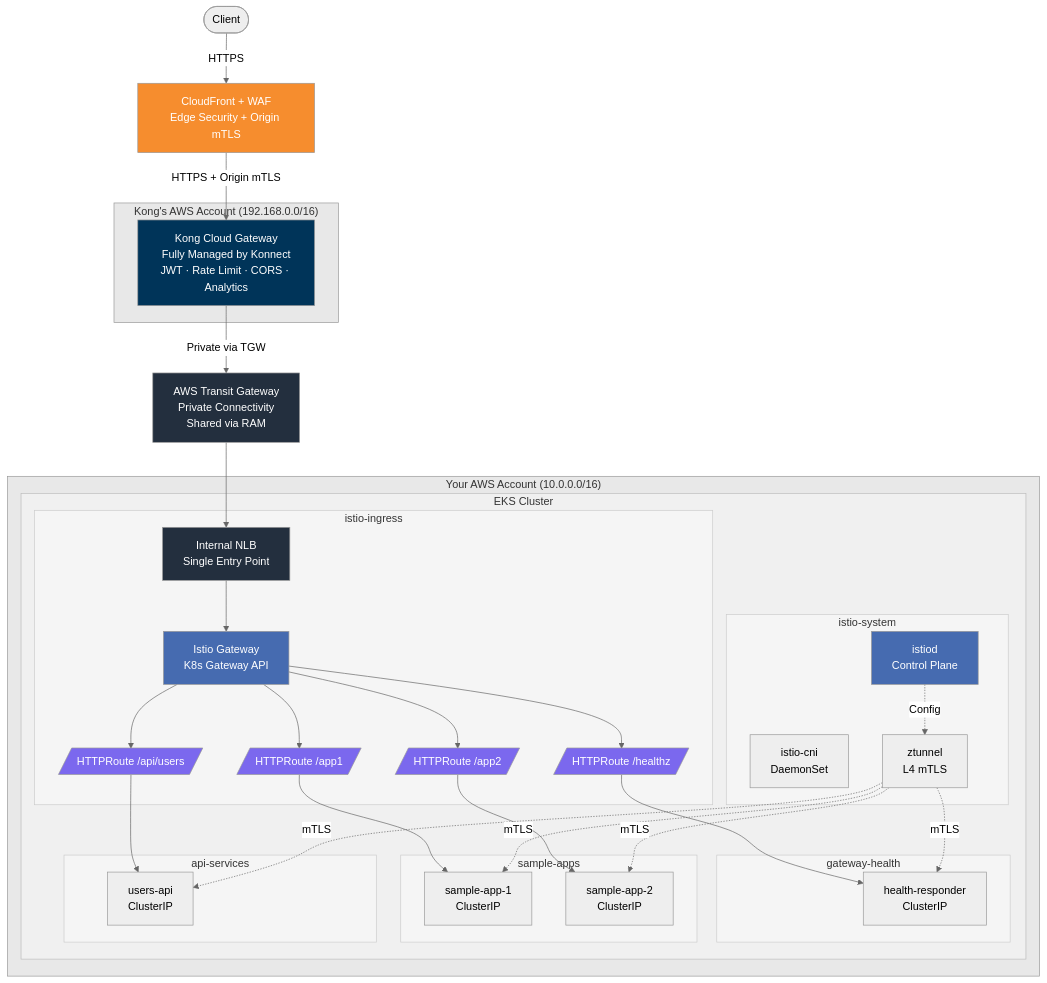
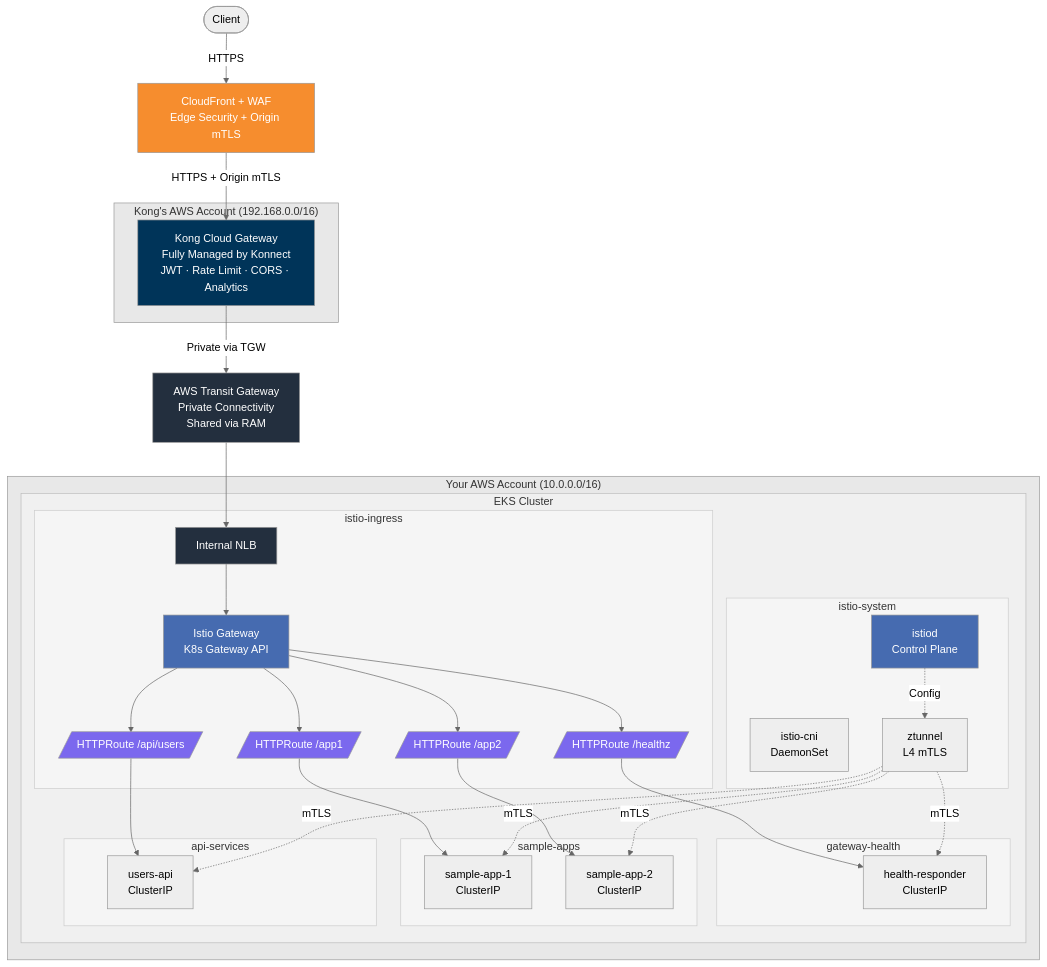
Before and after one commit to shanaka-versent/Kong-Konnect-Cloud-Gateway-on-EKS: the first of 4 diagrams in README.md, drawn with Mermaid (neutral theme). The commit also changed other lines of this file, not shown here.

Commit message:
Remove 'Single Entry Point' label from NLB in diagrams

````diff
--- a/README.md
+++ b/README.md
@@ -11,77 +11,77 @@
 ```mermaid
 graph TB
     Client([Client])
     CF[CloudFront + WAF<br/>Edge Security + Origin mTLS]
 
     subgraph kong_acct ["Kong's AWS Account (192.168.0.0/16)"]
         Kong[Kong Cloud Gateway<br/>Fully Managed by Konnect<br/>JWT · Rate Limit · CORS · Analytics]
     end
 
     TGW[AWS Transit Gateway<br/>Private Connectivity<br/>Shared via RAM]
 
     subgraph your_acct ["Your AWS Account (10.0.0.0/16)"]
         subgraph eks_cluster [EKS Cluster]
             subgraph ns_istio_sys [istio-system]
                 Istiod[istiod<br/>Control Plane]
                 CNI[istio-cni<br/>DaemonSet]
                 ZT[ztunnel<br/>L4 mTLS]
             end
             subgraph ns_istio_ing [istio-ingress]
-                NLB[Internal NLB<br/>Single Entry Point]
+                NLB[Internal NLB]
                 IGW[Istio Gateway<br/>K8s Gateway API]
                 HR1[/HTTPRoute /healthz/]
                 HR2[/HTTPRoute /app1/]
                 HR3[/HTTPRoute /app2/]
                 HR4[/HTTPRoute /api/users/]
             end
             subgraph ns_gw_health [gateway-health]
                 Health[health-responder<br/>ClusterIP]
             end
             subgraph ns_sample [sample-apps]
                 App1[sample-app-1<br/>ClusterIP]
                 App2[sample-app-2<br/>ClusterIP]
             end
             subgraph ns_api [api-services]
                 API[users-api<br/>ClusterIP]
             end
         end
     end
 
     Client -->|HTTPS| CF
     CF -->|HTTPS + Origin mTLS| Kong
     Kong -->|Private via TGW| TGW
     TGW --> NLB
     NLB --> IGW
     IGW --> HR1
     IGW --> HR2
     IGW --> HR3
     IGW --> HR4
     HR1 --> Health
     HR2 --> App1
     HR3 --> App2
     HR4 --> API
     Istiod -.->|Config| ZT
     ZT -.->|mTLS| App1
     ZT -.->|mTLS| App2
     ZT -.->|mTLS| API
     ZT -.->|mTLS| Health
 
     style Kong fill:#003459,color:#fff
     style IGW fill:#466BB0,color:#fff
     style Istiod fill:#466BB0,color:#fff
     style CF fill:#F68D2E,color:#fff
     style TGW fill:#232F3E,color:#fff
     style NLB fill:#232F3E,color:#fff
     style HR1 fill:#7B68EE,color:#fff
     style HR2 fill:#7B68EE,color:#fff
     style HR3 fill:#7B68EE,color:#fff
     style HR4 fill:#7B68EE,color:#fff
     style kong_acct fill:#E8E8E8,stroke:#999,color:#333
     style your_acct fill:#E8E8E8,stroke:#999,color:#333
     style eks_cluster fill:#F0F0F0,stroke:#BBB,color:#333
     style ns_istio_sys fill:#F5F5F5,stroke:#CCC,color:#333
     style ns_istio_ing fill:#F5F5F5,stroke:#CCC,color:#333
     style ns_gw_health fill:#F5F5F5,stroke:#CCC,color:#333
     style ns_sample fill:#F5F5F5,stroke:#CCC,color:#333
     style ns_api fill:#F5F5F5,stroke:#CCC,color:#333
 ```
````
